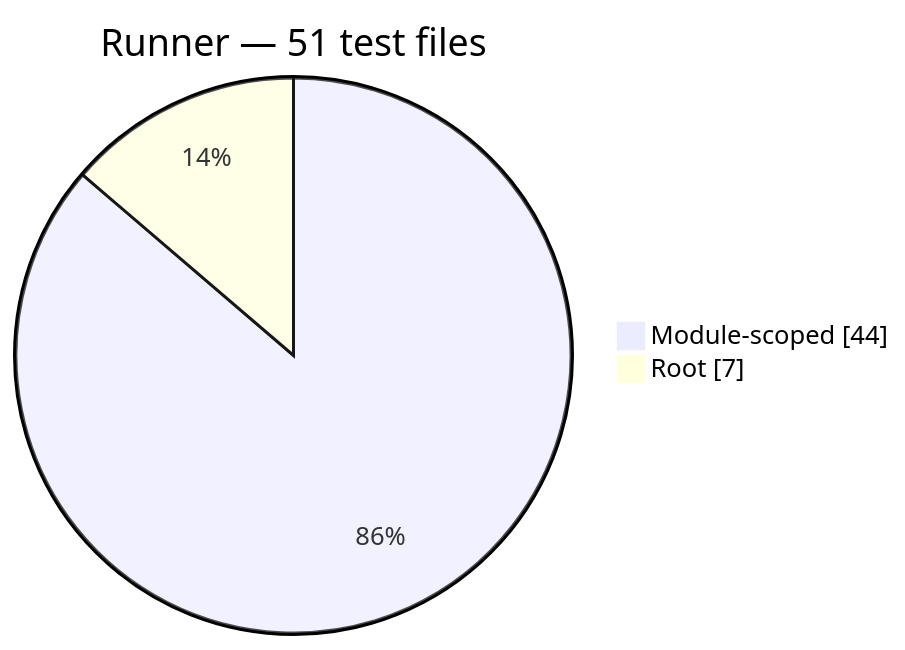
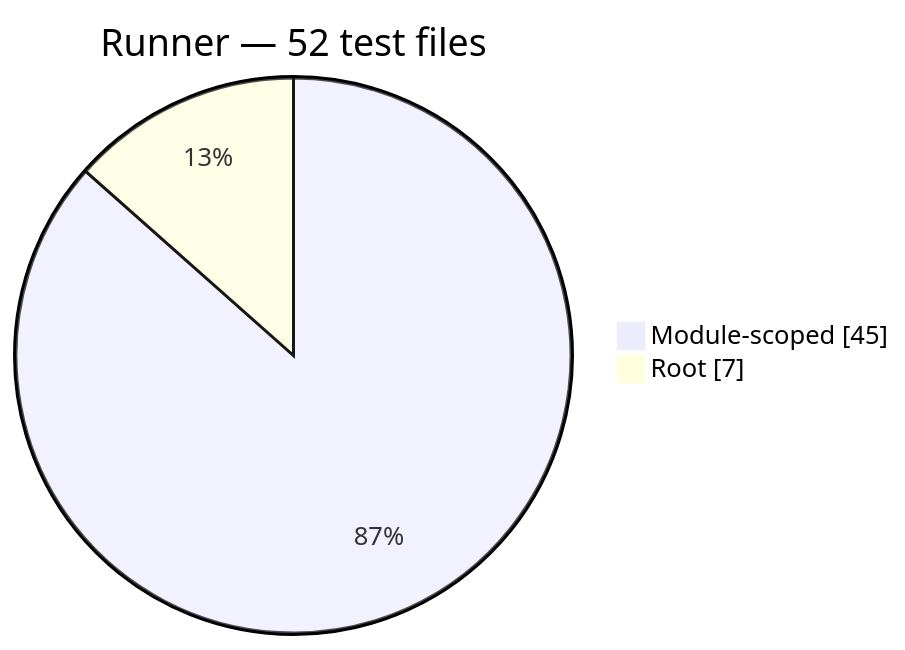
The seventh of 13 diagrams in docs/generated/test-composition.md (PHP-Arazzo/php-arazzo), drawn with Mermaid before and after one commit. The commit also changed other lines of this file and 26 other files, not shown here.

````diff
--- a/docs/generated/test-composition.md
+++ b/docs/generated/test-composition.md
@@ -106,6 +106,6 @@
 ```mermaid
 pie showData
-    title Runner — 51 test files
-    "Module-scoped": 44
+    title Runner — 52 test files
+    "Module-scoped": 45
     "Root": 7
 ```
````
